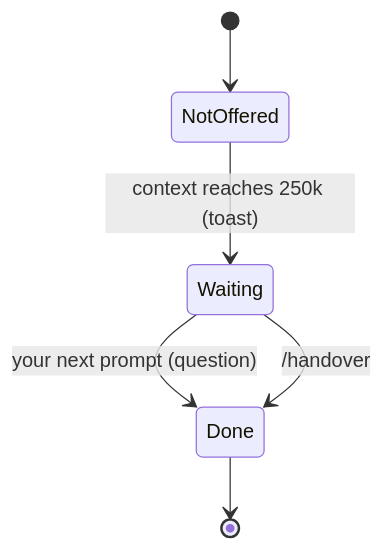
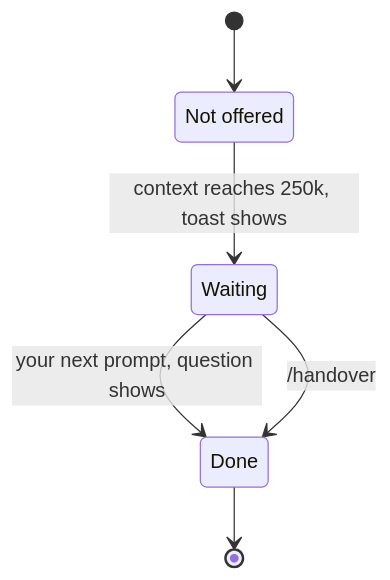
Before and after one commit to plaktoz/claude-mods: the third of 4 diagrams in mods/handoff/README.md, drawn with Mermaid. The commit also changed other lines of this file and 21 other files, not shown here.

````diff
--- a/mods/handoff/README.md
+++ b/mods/handoff/README.md
@@ -115,8 +122,9 @@
 ```mermaid
 stateDiagram-v2
+    state "Not offered" as NotOffered
     [*] --> NotOffered
-    NotOffered --> Waiting: context reaches 250k (toast)
-    Waiting --> Done: your next prompt (question)
+    NotOffered --> Waiting: context reaches 250k, toast shows
+    Waiting --> Done: your next prompt, question shows
     Waiting --> Done: /handover
     Done --> [*]
 ```
````
